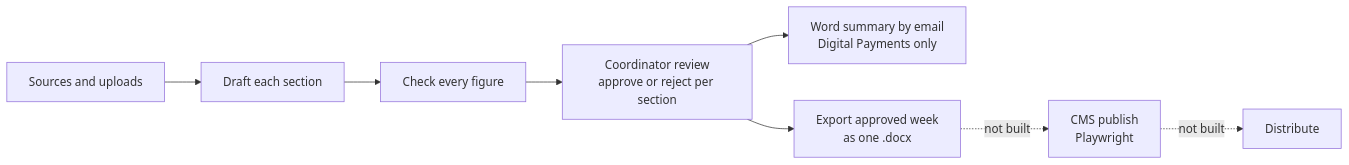
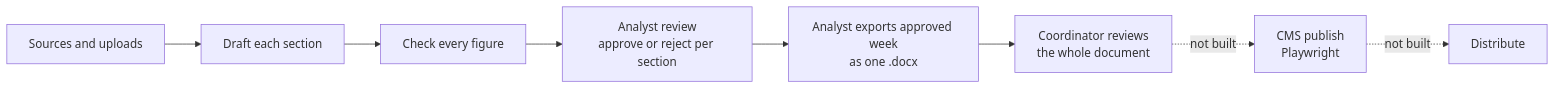
One commit to clivemisiko/Cytonn_Weekly changed the first of 2 diagrams in README.md. Above: the diagram before and after it, drawn with Mermaid. The commit also changed other lines of this file and 6 other files, not shown here.

````diff
--- a/README.md
+++ b/README.md
@@ -15,10 +15,10 @@
 ```mermaid
 flowchart LR
     A[Sources and uploads] --> B[Draft each section]
     B --> C[Check every figure]
-    C --> D[Coordinator review<br/>approve or reject per section]
-    D --> E[Word summary by email<br/>Digital Payments only]
-    D --> F[Export approved week<br/>as one .docx]
-    F -.not built.-> G[CMS publish<br/>Playwright]
+    C --> D[Analyst review<br/>approve or reject per section]
+    D --> F[Analyst exports approved week<br/>as one .docx]
+    F --> E[Coordinator reviews<br/>the whole document]
+    E -.not built.-> G[CMS publish<br/>Playwright]
     G -.not built.-> H[Distribute]
 ```
````
